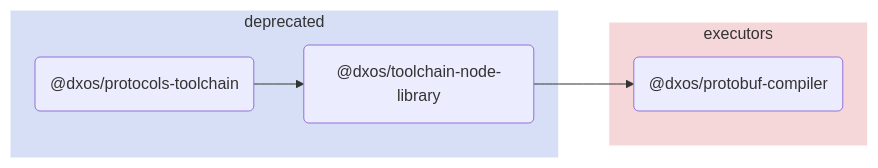
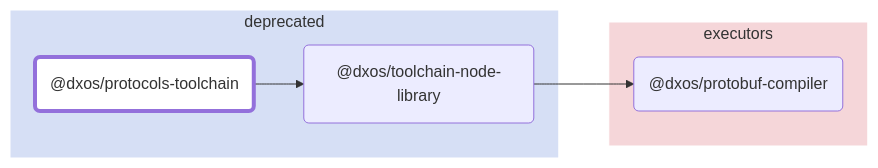
The diagram in tools/deprecated/protocols-toolchain/docs/README.md (dxos/dxos), drawn with Mermaid before and after one commit. The commit also changed other lines of this file and 88 other files, not shown here.

````diff
--- a/tools/deprecated/protocols-toolchain/docs/README.md
+++ b/tools/deprecated/protocols-toolchain/docs/README.md
@@ -5,17 +7,22 @@
 ```mermaid
 flowchart LR;
+
+style dxos/protocols-toolchain fill:#fff,stroke-width:4px;
+
+click dxos/toolchain-node-library "https:/github.com/dxos/dxos/tree/main/tools/deprecated/toolchain-node-library/docs";
+click dxos/protobuf-compiler "https:/github.com/dxos/dxos/tree/main/tools/executors/protobuf-compiler/docs";
 
 subgraph deprecated
   style deprecated fill:#d6dff5,stroke:#fff;
   dxos/protocols-toolchain("@dxos/protocols-toolchain");
   dxos/toolchain-node-library("@dxos/toolchain-node-library");
 end
 
 subgraph executors
   style executors fill:#f5d6d9,stroke:#fff;
   dxos/protobuf-compiler("@dxos/protobuf-compiler");
 end
 
 dxos/protocols-toolchain --> dxos/toolchain-node-library;
 dxos/toolchain-node-library --> dxos/protobuf-compiler;
 ```
````
